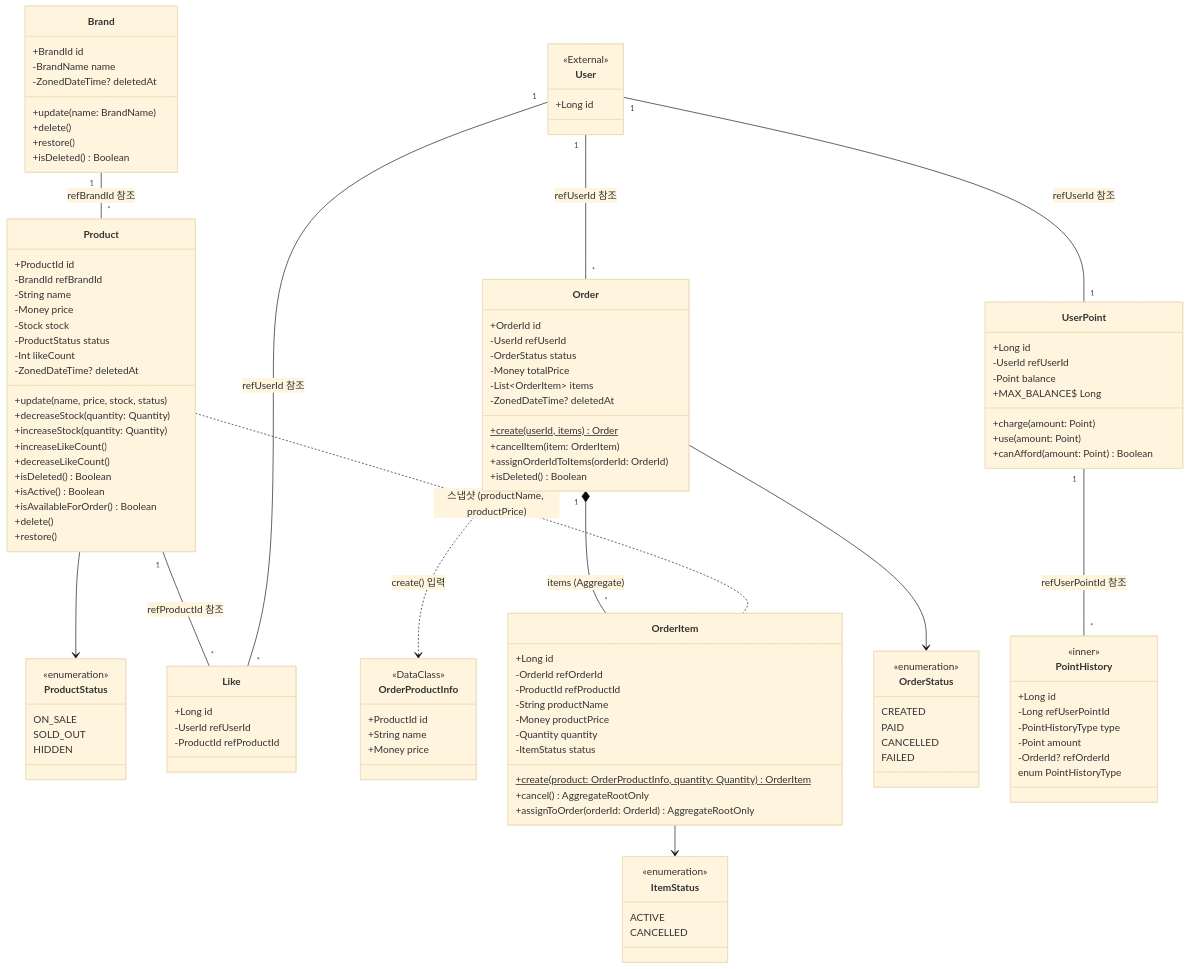
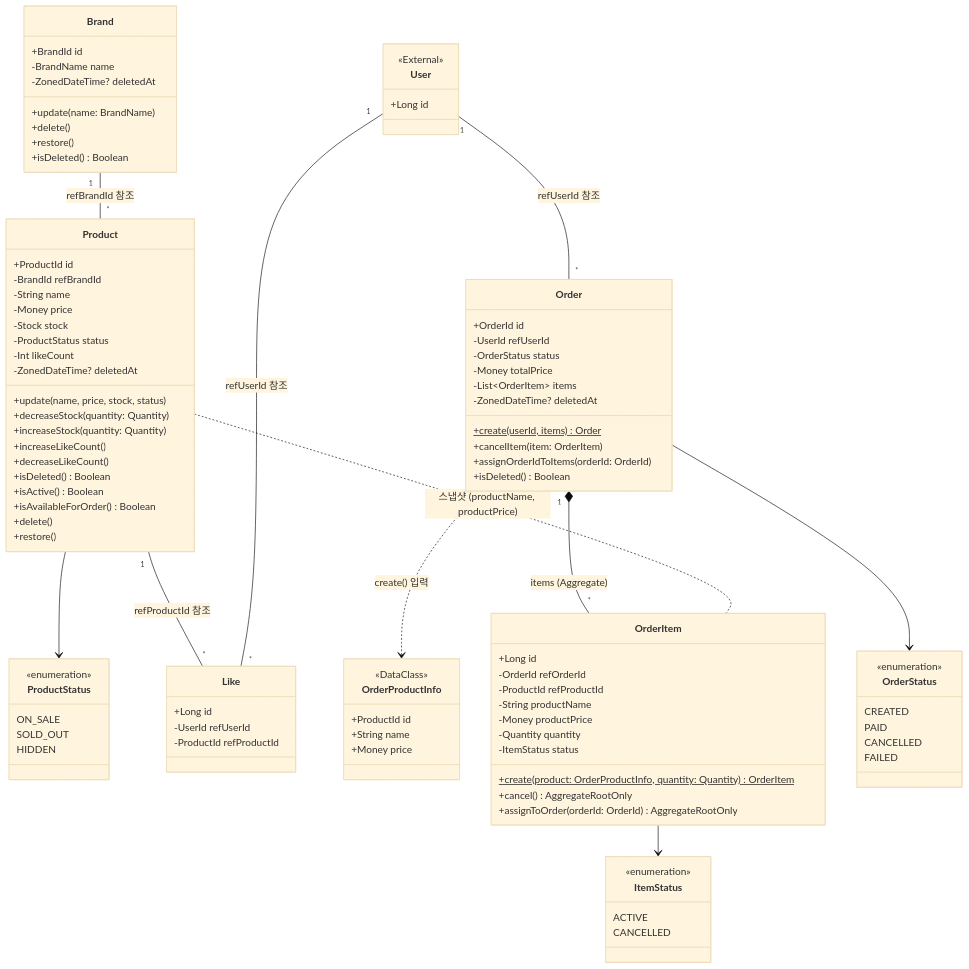
The first of 7 diagrams in docs/design/03-class-diagram.md (Loopers-dev-lab/loop-pack-be-l2-vol3-kotlin), drawn with Mermaid (base theme) before and after one commit. The commit also changed other lines of this file and 9 other files, not shown here.

```diff
--- a/docs/design/03-class-diagram.md
+++ b/docs/design/03-class-diagram.md
@@ -108,26 +108,6 @@
         FAILED
     }
 
-    class UserPoint {
-        +Long id
-        -UserId refUserId
-        -Point balance
-        +MAX_BALANCE$ Long
-        +charge(amount: Point)
-        +use(amount: Point)
-        +canAfford(amount: Point) Boolean
-    }
-
-    class PointHistory {
-        +Long id
-        -Long refUserPointId
-        -PointHistoryType type
-        -Point amount
-        -OrderId? refOrderId
-        <<inner>>
-        enum PointHistoryType
-    }
-
     class User {
         <<External>>
         +Long id
@@ -137,8 +117,6 @@
     Product "1" -- "*" Like: refProductId 참조
     User "1" -- "*" Like: refUserId 참조
     User "1" -- "*" Order: refUserId 참조
-    User "1" -- "1" UserPoint: refUserId 참조
-    UserPoint "1" -- "*" PointHistory: refUserPointId 참조
     Order "1" *-- "*" OrderItem: items (Aggregate)
     Order ..> OrderProductInfo: create() 입력
     Product .. OrderItem: 스냅샷 (productName, productPrice)
```
